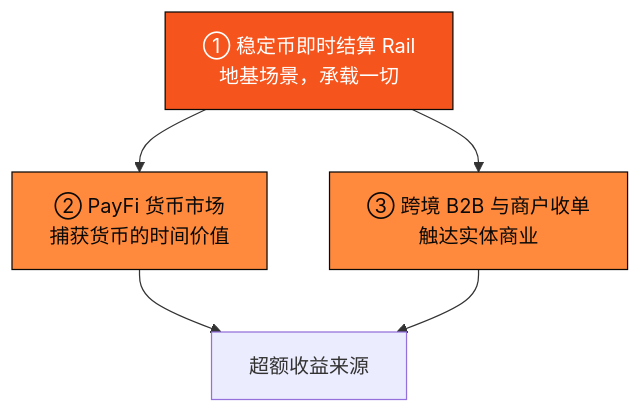
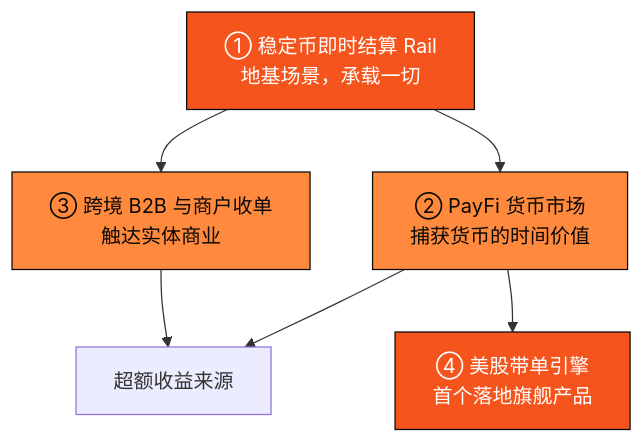
Before and after one commit to AIVIVEHQ/axon-whitepaper: the diagram in part4-payfi/README.md, drawn with Mermaid. The commit also changed other lines of this file and 14 other files, not shown here.

````diff
--- a/part4-payfi/README.md
+++ b/part4-payfi/README.md
@@ -14,10 +14,12 @@
 ```mermaid
 flowchart TB
     S["① 稳定币即时结算 Rail<br/>地基场景，承载一切"] --> M["② PayFi 货币市场<br/>捕获货币的时间价值"]
     S --> X["③ 跨境 B2B 与商户收单<br/>触达实体商业"]
     M --> V["超额收益来源"]
     X --> V
+    M --> C["④ 美股带单引擎<br/>首个落地旗舰产品"]
     style S fill:#f5541c,stroke:#0a0908,color:#fff
     style M fill:#ff8a3d,stroke:#0a0908,color:#0a0908
     style X fill:#ff8a3d,stroke:#0a0908,color:#0a0908
+    style C fill:#f5541c,stroke:#0a0908,color:#fff
 ```
````
